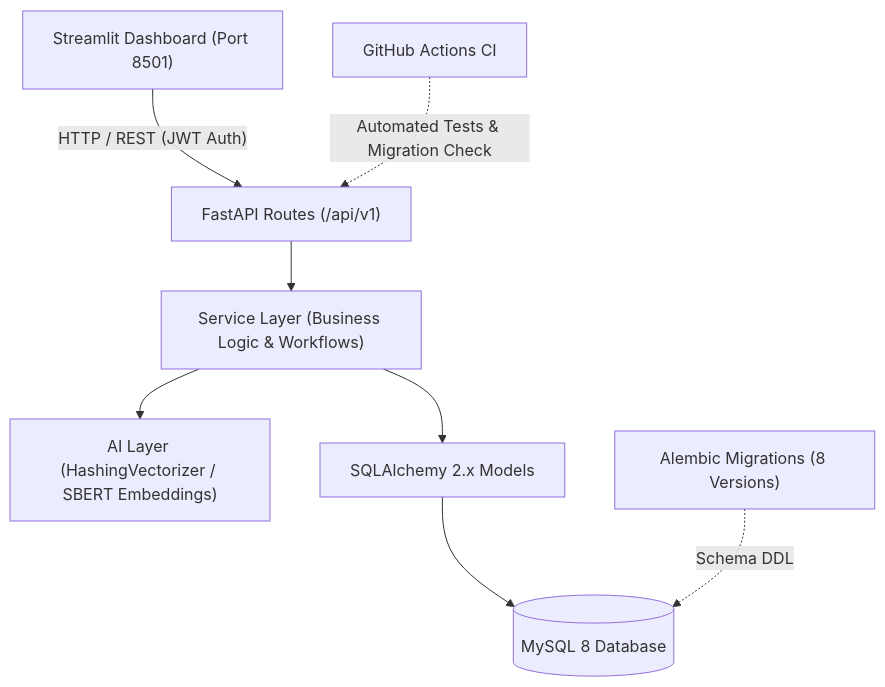
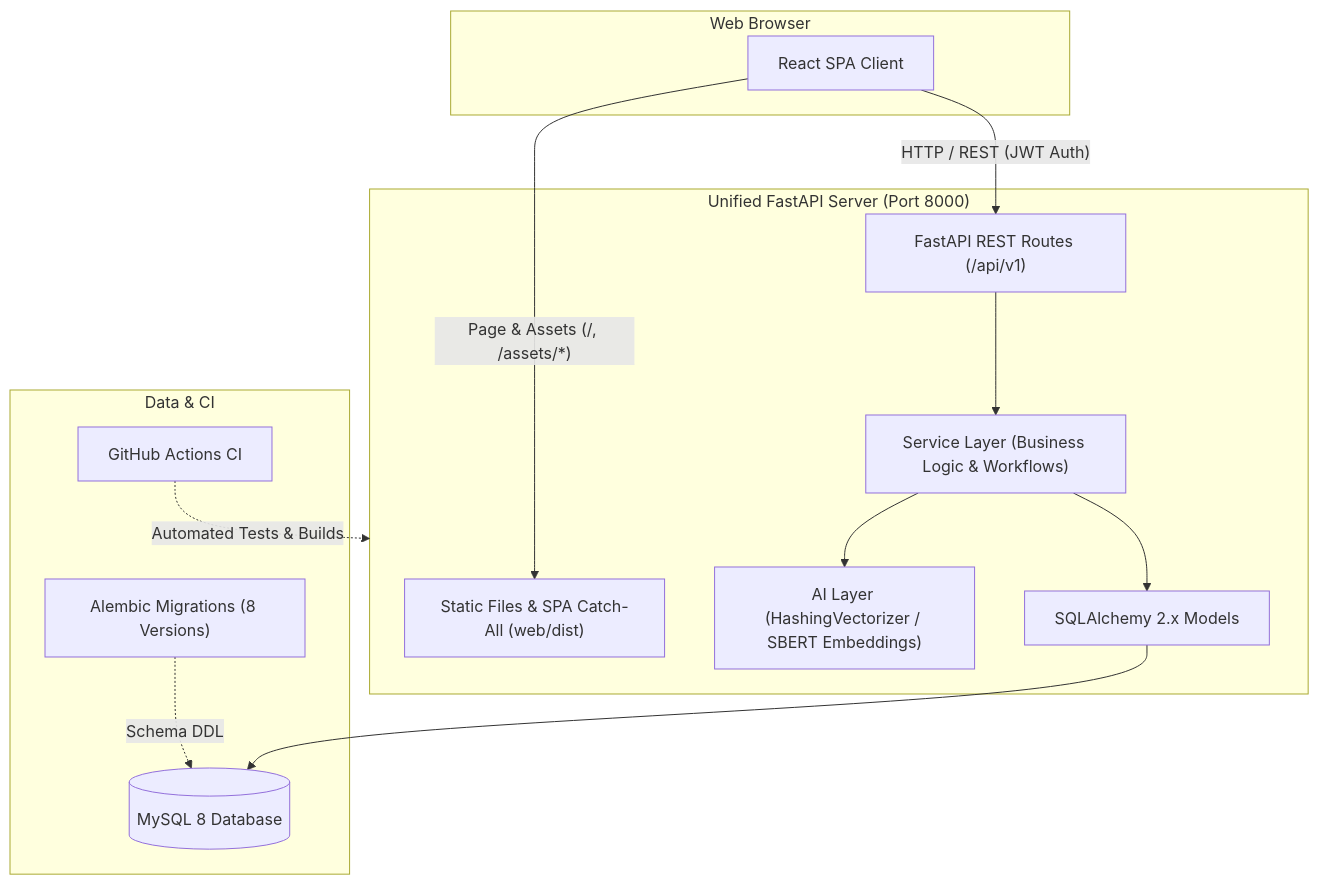
One commit to praneeth-hari/ServiceDesk-AI changed the first of 3 diagrams in README.md. Above: the diagram before and after it, drawn with Mermaid. The commit also changed other lines of this file and 25 other files, not shown here.

Commit message:
feat: serve the web UI from FastAPI, remove Streamlit dashboard, richer demo data

````diff
--- a/README.md
+++ b/README.md
@@ -69,10 +75,29 @@
 ```mermaid
 flowchart TD
-    Client["Streamlit Dashboard (Port 8501)"] -->|"HTTP / REST (JWT Auth)"| Routes["FastAPI Routes (/api/v1)"]
-    Routes --> Services["Service Layer (Business Logic & Workflows)"]
-    Services --> AI["AI Layer (HashingVectorizer / SBERT Embeddings)"]
-    Services --> Models["SQLAlchemy 2.x Models"]
-    Models --> DB[("MySQL 8 Database")]
-    Alembic["Alembic Migrations (8 Versions)"] -.->|"Schema DDL"| DB
-    CI["GitHub Actions CI"] -.->|"Automated Tests & Migration Check"| Routes
+    subgraph Browser ["Web Browser"]
+        UI["React SPA Client"]
+    end
+
+    subgraph Server ["Unified FastAPI Server (Port 8000)"]
+        SPA["Static Files & SPA Catch-All (web/dist)"]
+        Routes["FastAPI REST Routes (/api/v1)"]
+        Services["Service Layer (Business Logic & Workflows)"]
+        AI["AI Layer (HashingVectorizer / SBERT Embeddings)"]
+        Models["SQLAlchemy 2.x Models"]
+    end
+
+    subgraph Data ["Data & CI"]
+        DB[("MySQL 8 Database")]
+        Alembic["Alembic Migrations (8 Versions)"]
+        CI["GitHub Actions CI"]
+    end
+
+    UI -->|"Page & Assets (/, /assets/*)"| SPA
+    UI -->|"HTTP / REST (JWT Auth)"| Routes
+    Routes --> Services
+    Services --> AI
+    Services --> Models
+    Models --> DB
+    Alembic -.->|"Schema DDL"| DB
+    CI -.->|"Automated Tests & Builds"| Server
 ```
````
